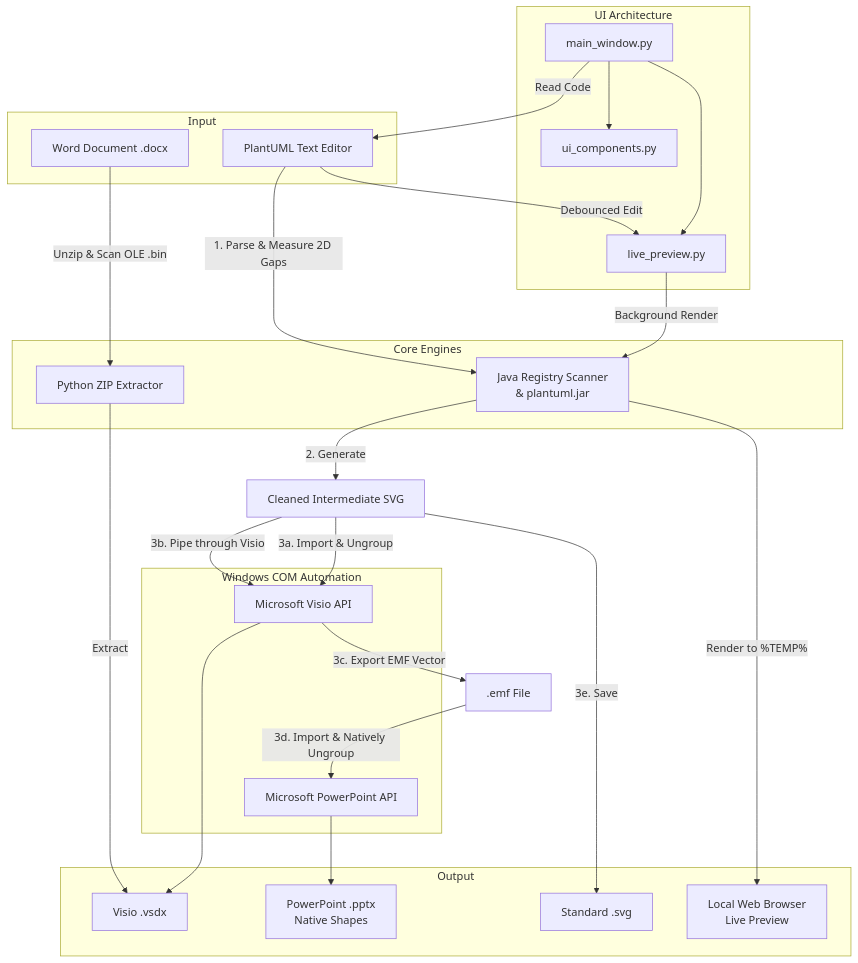
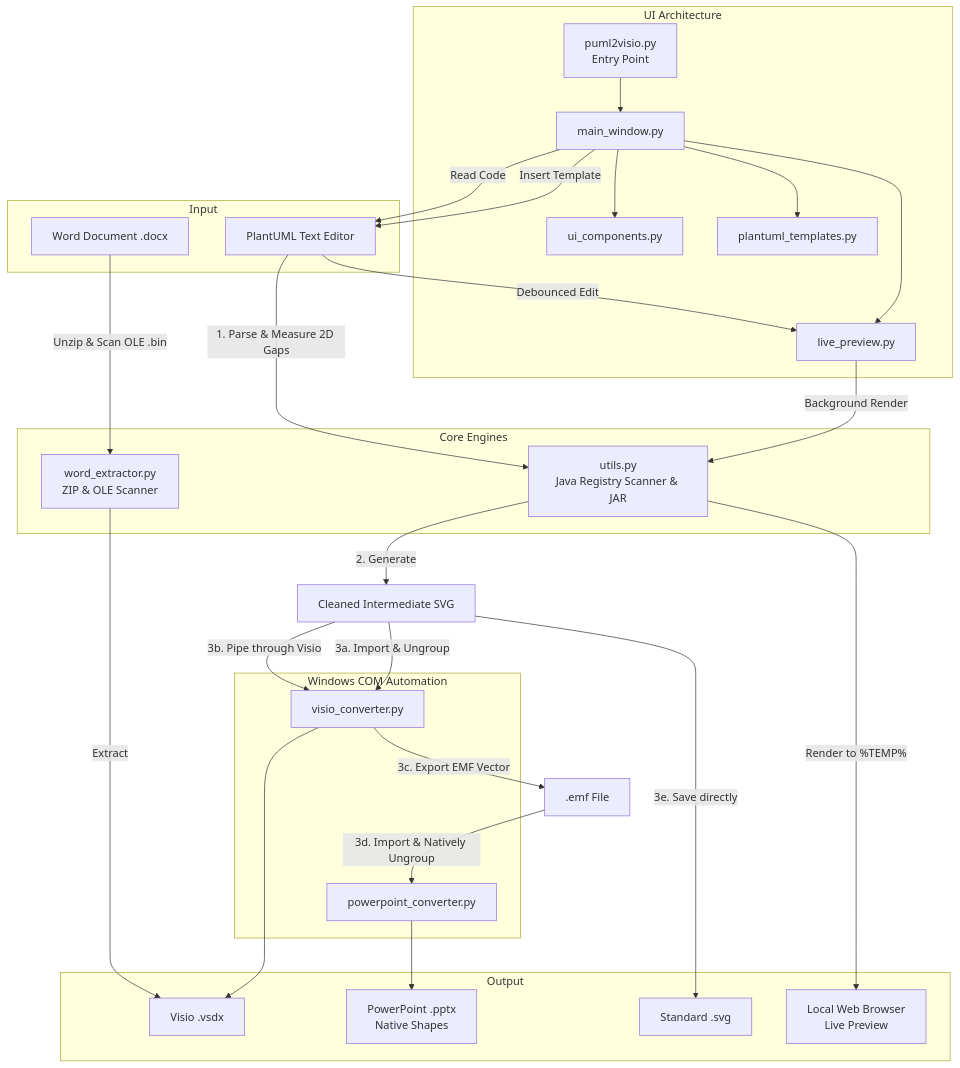
One commit to telekom/3gpp-meeting-tools changed the diagram in puml2visio/README.md. Above: the diagram before and after it, drawn with Mermaid. The commit also changed other lines of this file and 4 other files, not shown here.

Commit message:
Boilerplate diagrams and link to documentation

````diff
--- a/puml2visio/README.md
+++ b/puml2visio/README.md
@@ -36,50 +35,53 @@
 ```mermaid
 graph TD
     subgraph UI Architecture
-        M[main_window.py] --> UI[ui_components.py]
+        E[puml2visio.py<br>Entry Point] --> M[main_window.py]
+        M --> UI[ui_components.py]
+        M --> TPL[plantuml_templates.py]
         M --> LP[live_preview.py]
     end
 
     subgraph Input
         A[PlantUML Text Editor]
         W[Word Document .docx]
     end
 
     subgraph Core Engines
-        J[Java Registry Scanner<br>& plantuml.jar]
-        P[Python ZIP Extractor]
+        J[utils.py<br>Java Registry Scanner & JAR]
+        P[word_extractor.py<br>ZIP & OLE Scanner]
     end
 
     subgraph Windows COM Automation
-        V[Microsoft Visio API]
-        PPT[Microsoft PowerPoint API]
+        V[visio_converter.py]
+        PPT[powerpoint_converter.py]
     end
 
     subgraph Output
         OutV[Visio .vsdx]
         OutP[PowerPoint .pptx<br>Native Shapes]
         OutS[Standard .svg]
         OutB[Local Web Browser<br>Live Preview]
     end
 
+    M -- "Insert Template" --> A
     M -- "Read Code" --> A
     A -- "Debounced Edit" --> LP
     LP -- "Background Render" --> J
     J -- "Render to %TEMP%" --> OutB
 
     A -- "1. Parse & Measure 2D Gaps" --> J
     J -- "2. Generate" --> SVG[Cleaned Intermediate SVG]
     
     SVG -- "3a. Import & Ungroup" --> V
     V --> OutV
 
     SVG -- "3b. Pipe through Visio" --> V
     V -- "3c. Export EMF Vector" --> EMF[.emf File]
     EMF -- "3d. Import & Natively Ungroup" --> PPT
     PPT --> OutP
 
-    SVG -- "3e. Save" --> OutS
+    SVG -- "3e. Save directly" --> OutS
     
     W -- "Unzip & Scan OLE .bin" --> P
     P -- "Extract" --> OutV
 ```
````
